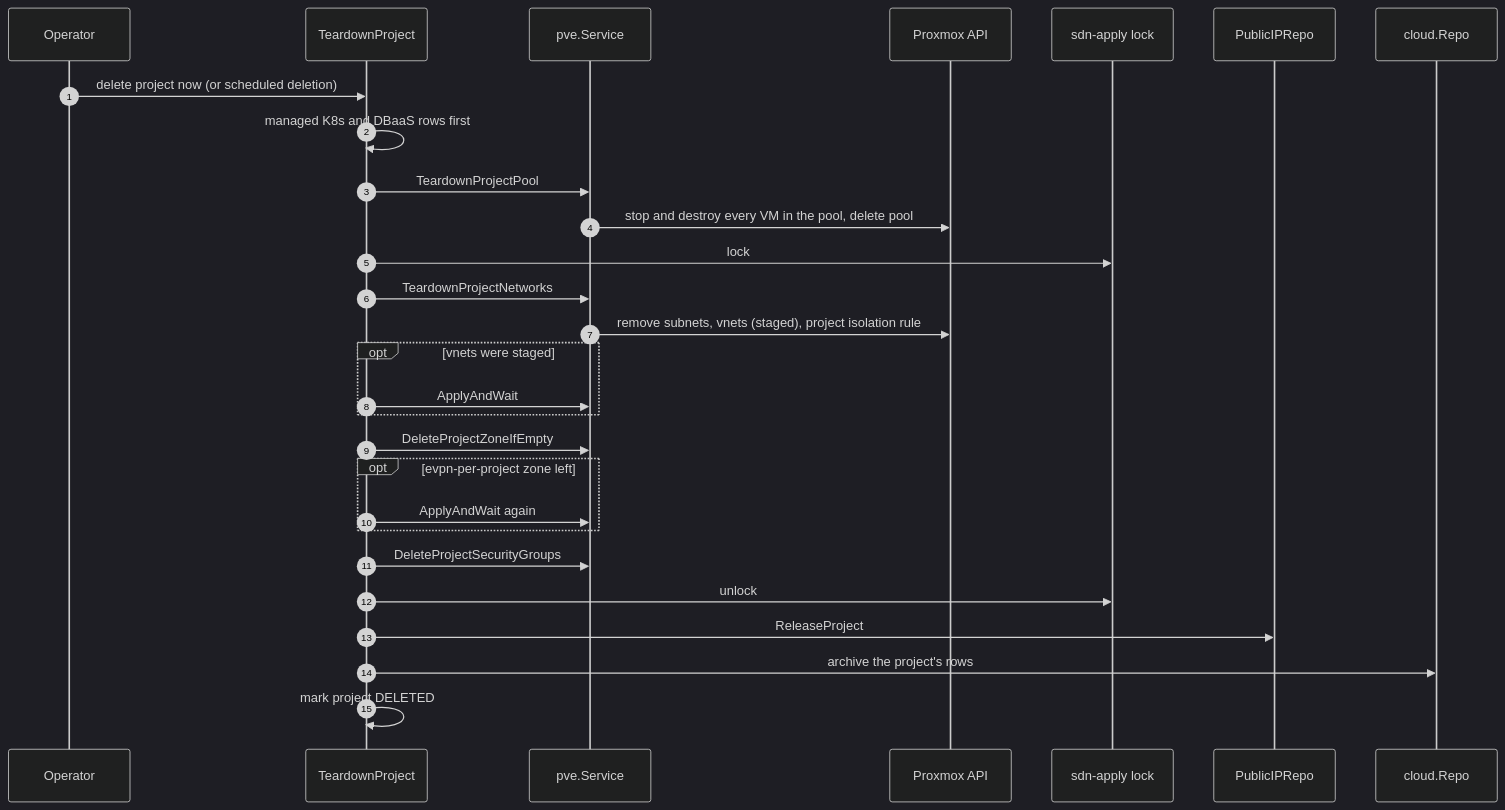
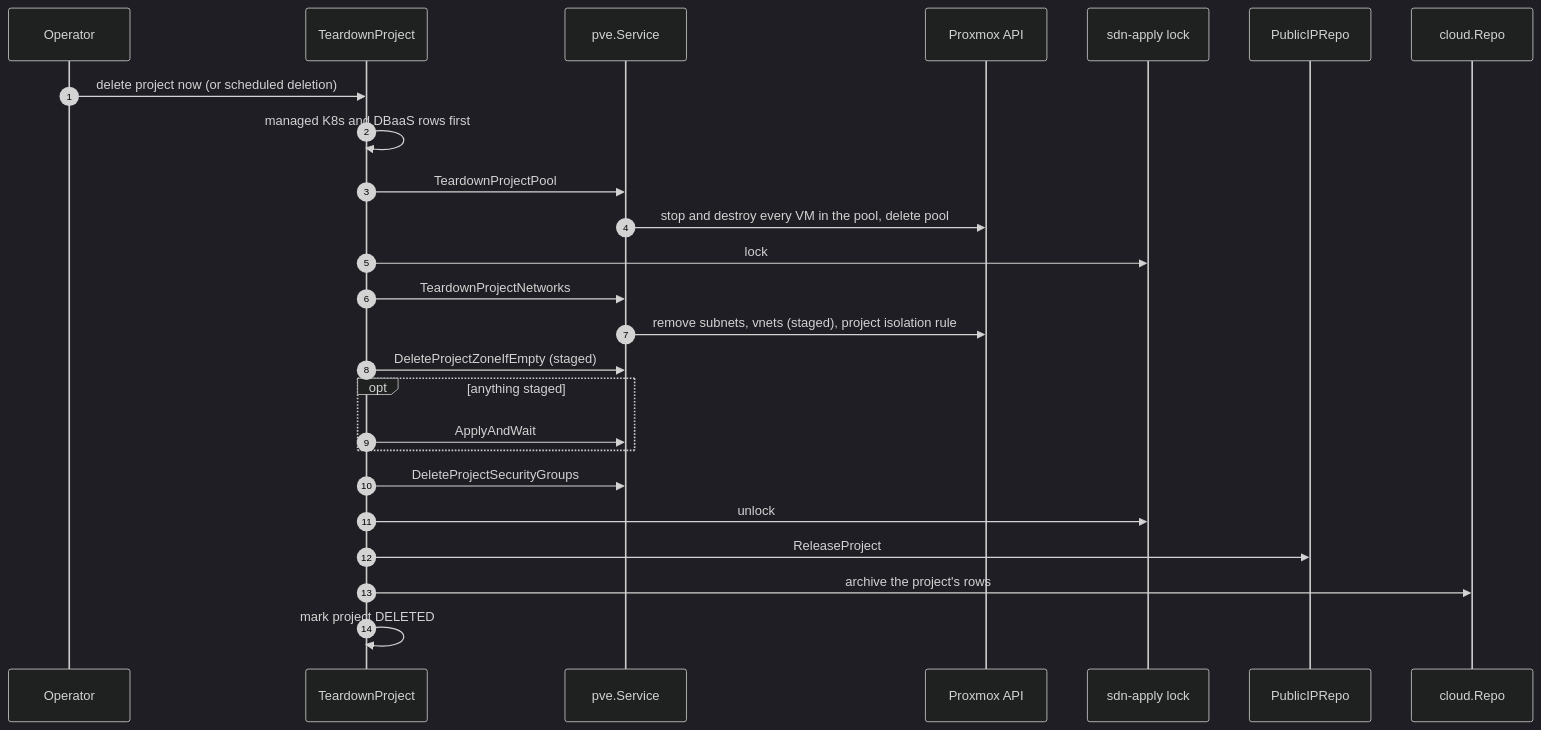
One commit to mutex-solutions/proxcloud changed the sixth of 7 diagrams in docs/architecture/c4/c4-code.md. Above: the diagram before and after it, drawn with Mermaid (dark theme). The commit also changed 27 other files, not shown here.

````diff
--- a/docs/architecture/c4/c4-code.md
+++ b/docs/architecture/c4/c4-code.md
@@ -319,31 +319,28 @@
 ```mermaid
 sequenceDiagram
   autonumber
   participant OP as Operator
   participant T as TeardownProject
   participant PS as pve.Service
   participant PVE as Proxmox API
   participant L as sdn-apply lock
   participant IP as PublicIPRepo
   participant R as cloud.Repo
 
   OP->>T: delete project now (or scheduled deletion)
   T->>T: managed K8s and DBaaS rows first
   T->>PS: TeardownProjectPool
   PS->>PVE: stop and destroy every VM in the pool, delete pool
   T->>L: lock
   T->>PS: TeardownProjectNetworks
   PS->>PVE: remove subnets, vnets (staged), project isolation rule
-  opt vnets were staged
+  T->>PS: DeleteProjectZoneIfEmpty (staged)
+  opt anything staged
     T->>PS: ApplyAndWait
-  end
-  T->>PS: DeleteProjectZoneIfEmpty
-  opt evpn-per-project zone left
-    T->>PS: ApplyAndWait again
   end
   T->>PS: DeleteProjectSecurityGroups
   T->>L: unlock
   T->>IP: ReleaseProject
   T->>R: archive the project's rows
   T->>T: mark project DELETED
 ```
````
